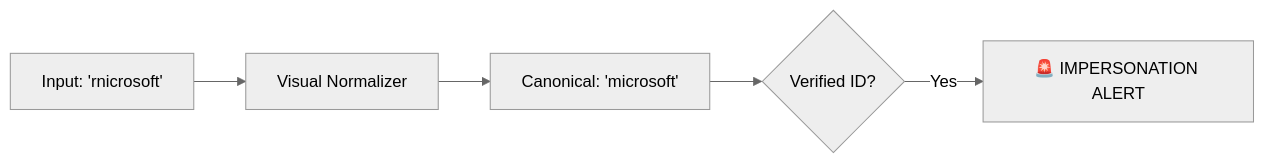
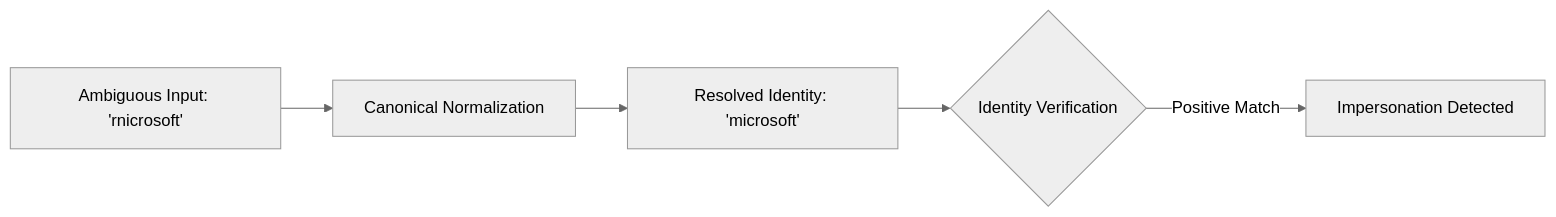
The second of 3 diagrams in Readme.md (ManoShruthiS/VeriIntern-AI), drawn with Mermaid (neutral theme) before and after one commit. The commit also changed other lines of this file, not shown here.

````diff
--- a/Readme.md
+++ b/Readme.md
@@ -63,7 +39,7 @@
 ```mermaid
 flowchart LR
-    In[Input: 'rnicrosoft'] --> Norm[Visual Normalizer]
-    Norm --> Out[Canonical: 'microsoft']
-    Out --> Verify{Verified ID?}
-    Verify -- Yes --> Alert[🚨 IMPERSONATION ALERT]
+    Input[Ambiguous Input: 'rnicrosoft'] --> Normalizer[Canonical Normalization]
+    Normalizer --> Canonical[Resolved Identity: 'microsoft']
+    Canonical --> CrossRef{Identity Verification}
+    CrossRef -- Positive Match --> Alert[Impersonation Detected]
 ```
````
